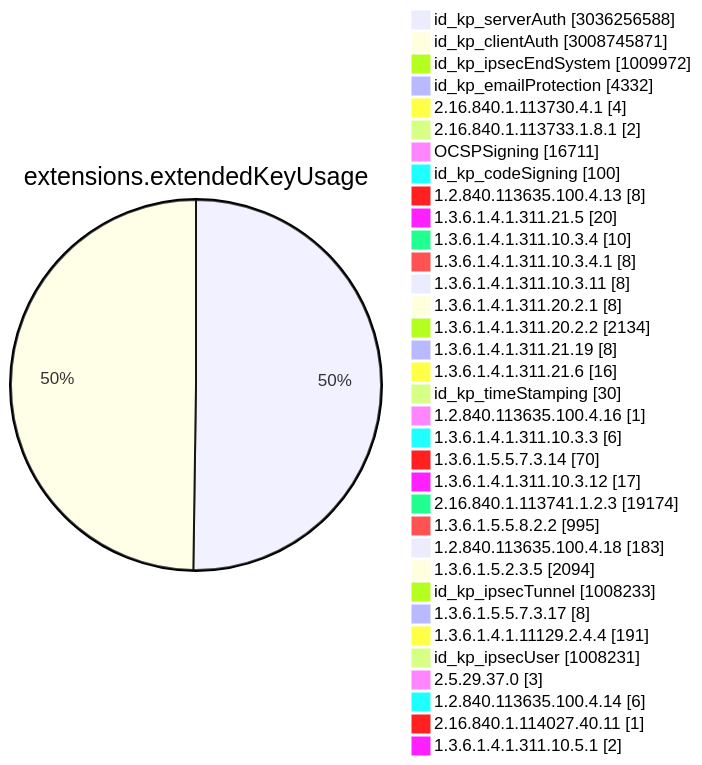
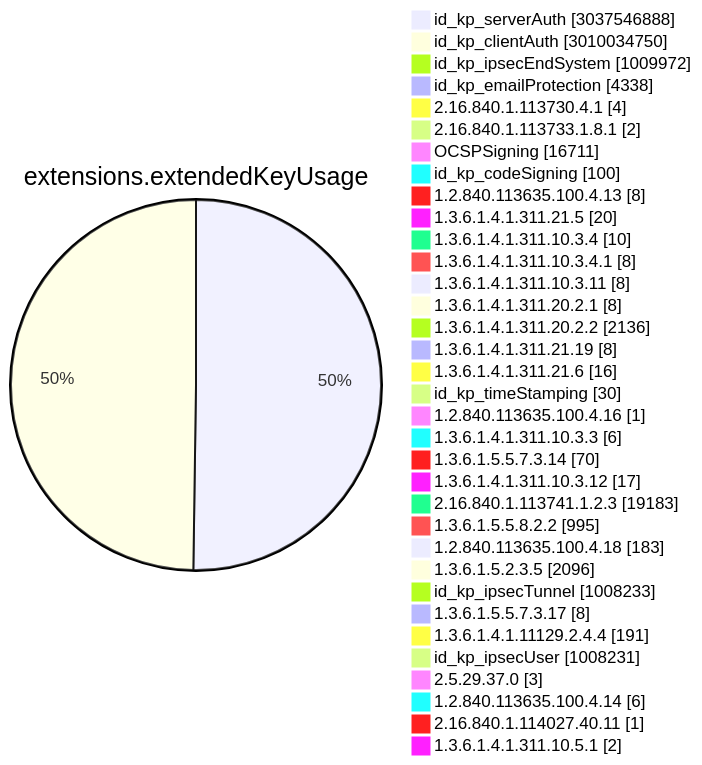
Diagram 11 of 15 in TOTAL/README.md (christiankrug/ctmonitor_visualization), drawn with Mermaid before and after one commit. The commit also changed other lines of this file, not shown here.

````diff
--- a/TOTAL/README.md
+++ b/TOTAL/README.md
@@ -4111,38 +4111,38 @@
 ```mermaid
 pie showData
 title extensions.extendedKeyUsage
-"id_kp_serverAuth" :3036256588
-"id_kp_clientAuth" :3008745871
+"id_kp_serverAuth" :3037546888
+"id_kp_clientAuth" :3010034750
 "id_kp_ipsecEndSystem" :1009972
-"id_kp_emailProtection" :4332
+"id_kp_emailProtection" :4338
 "2.16.840.1.113730.4.1" :4
 "2.16.840.1.113733.1.8.1" :2
 "OCSPSigning" :16711
 "id_kp_codeSigning" :100
 "1.2.840.113635.100.4.13" :8
 "1.3.6.1.4.1.311.21.5" :20
 "1.3.6.1.4.1.311.10.3.4" :10
 "1.3.6.1.4.1.311.10.3.4.1" :8
 "1.3.6.1.4.1.311.10.3.11" :8
 "1.3.6.1.4.1.311.20.2.1" :8
-"1.3.6.1.4.1.311.20.2.2" :2134
+"1.3.6.1.4.1.311.20.2.2" :2136
 "1.3.6.1.4.1.311.21.19" :8
 "1.3.6.1.4.1.311.21.6" :16
 "id_kp_timeStamping" :30
 "1.2.840.113635.100.4.16" :1
 "1.3.6.1.4.1.311.10.3.3" :6
 "1.3.6.1.5.5.7.3.14" :70
 "1.3.6.1.4.1.311.10.3.12" :17
-"2.16.840.1.113741.1.2.3" :19174
+"2.16.840.1.113741.1.2.3" :19183
 "1.3.6.1.5.5.8.2.2" :995
 "1.2.840.113635.100.4.18" :183
-"1.3.6.1.5.2.3.5" :2094
+"1.3.6.1.5.2.3.5" :2096
 "id_kp_ipsecTunnel" :1008233
 "1.3.6.1.5.5.7.3.17" :8
 "1.3.6.1.4.1.11129.2.4.4" :191
 "id_kp_ipsecUser" :1008231
 "2.5.29.37.0" :3
 "1.2.840.113635.100.4.14" :6
 "2.16.840.1.114027.40.11" :1
 "1.3.6.1.4.1.311.10.5.1" :2
 ```
````
